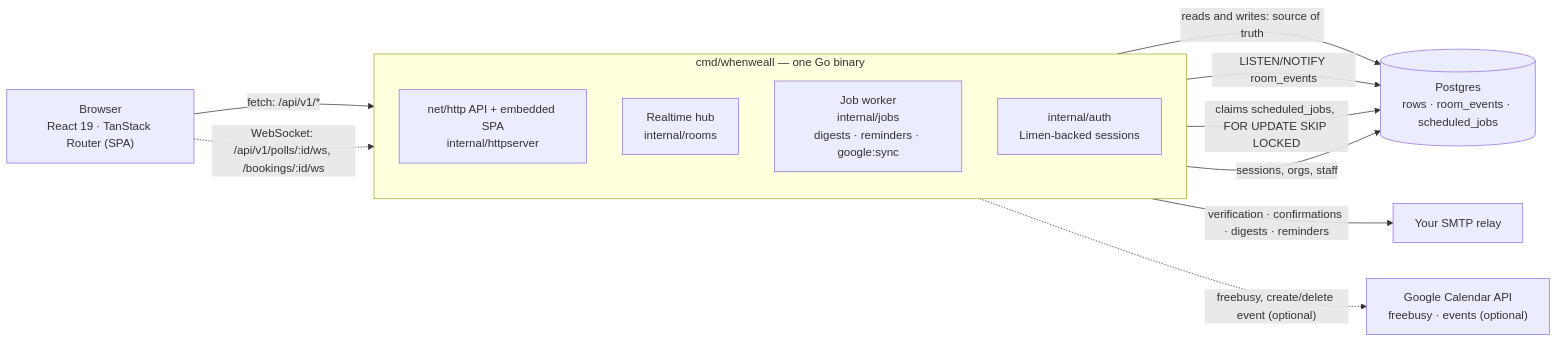
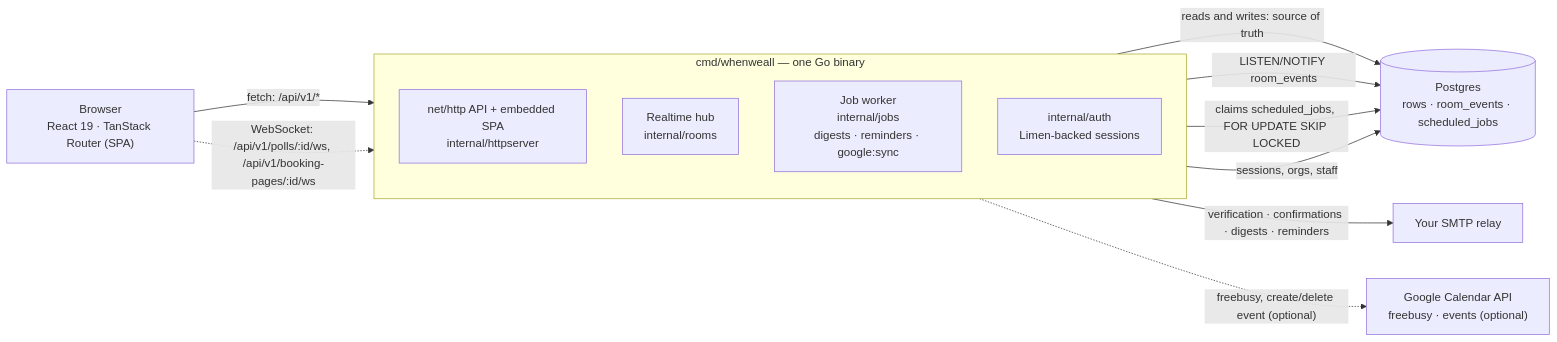
Before and after one commit to refsdal/whenweall: the diagram in README.md, drawn with Mermaid. The commit also changed other lines of this file and 2 other files, not shown here.

First line of the commit message:
docs: fix README architecture claims and stale e2e comments

````diff
--- a/README.md
+++ b/README.md
@@ -205,25 +205,25 @@
 ```mermaid
 flowchart LR
   B["Browser<br/>React 19 · TanStack Router (SPA)"]
 
   subgraph APP["cmd/whenweall — one Go binary"]
     direction TB
     H["net/http API + embedded SPA<br/>internal/httpserver"]
     RM["Realtime hub<br/>internal/rooms"]
     J["Job worker<br/>internal/jobs<br/>digests · reminders · google:sync"]
     A["internal/auth<br/>Limen-backed sessions"]
   end
 
   PG[("Postgres<br/>rows · room_events · scheduled_jobs")]
   SMTP["Your SMTP relay"]
   G["Google Calendar API<br/>freebusy · events (optional)"]
 
   B -- "fetch: /api/v1/*" --> H
-  B -. "WebSocket: /api/v1/polls/:id/ws, /bookings/:id/ws" .-> RM
+  B -. "WebSocket: /api/v1/polls/:id/ws, /api/v1/booking-pages/:id/ws" .-> RM
   H -- "reads and writes: source of truth" --> PG
   RM -- "LISTEN/NOTIFY room_events" --> PG
   J -- "claims scheduled_jobs, FOR UPDATE SKIP LOCKED" --> PG
   J -- "verification · confirmations · digests · reminders" --> SMTP
   J -. "freebusy, create/delete event (optional)" .-> G
   A -- "sessions, orgs, staff" --> PG
 ```
````
